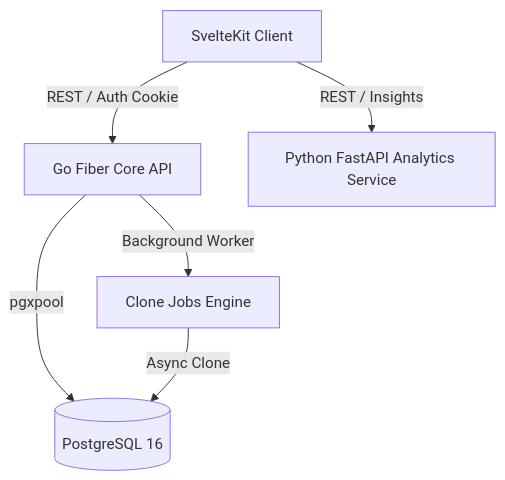
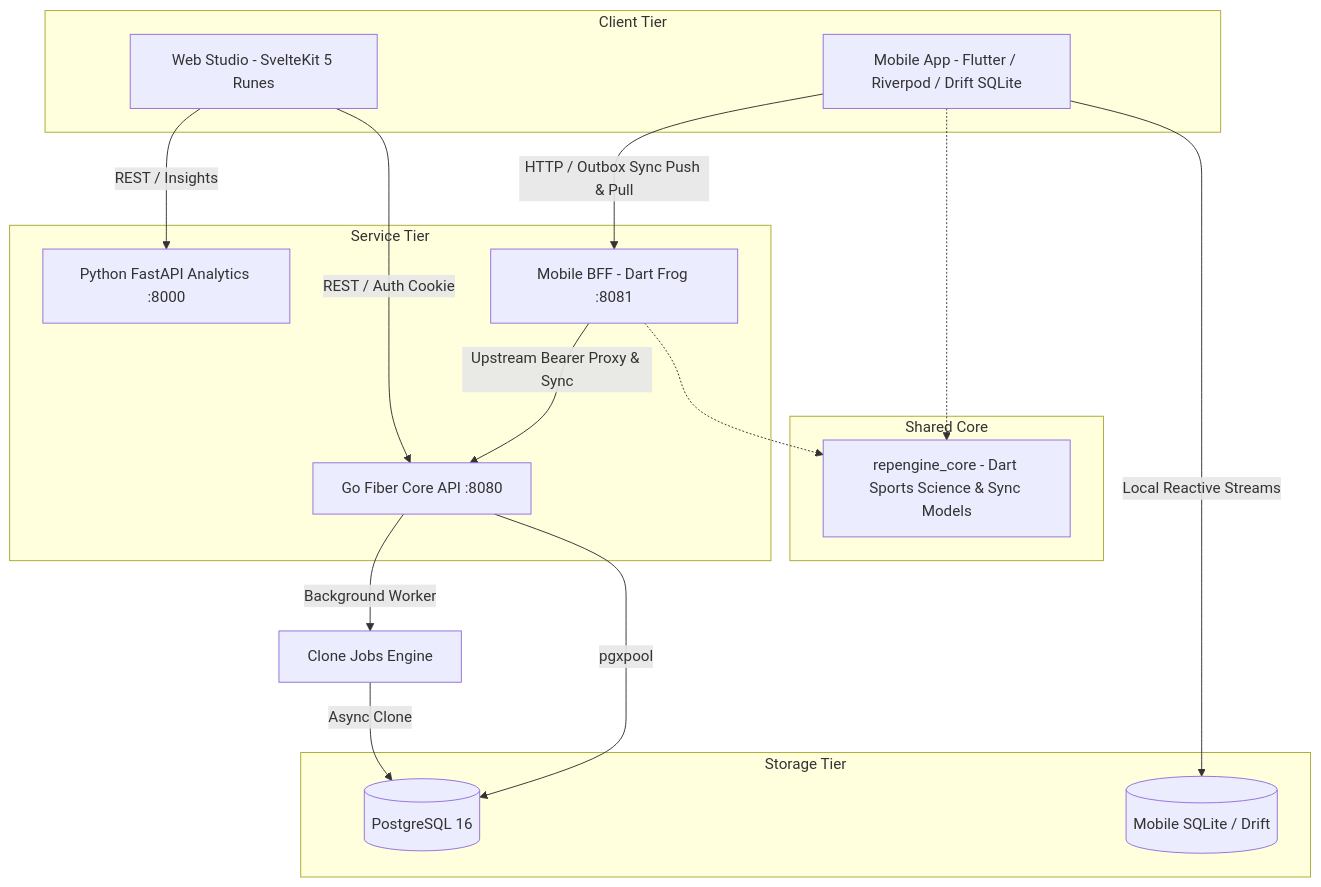
One commit to momarinho/repengine changed the diagram in README.md. Above: the diagram before and after it, drawn with Mermaid. The commit also changed other lines of this file and 3 other files, not shown here.

Commit message:
docs: modernize and translate project documentation to English across root, mobile, and web

````diff
--- a/README.md
+++ b/README.md
@@ -30,8 +27,33 @@
 ```mermaid
 graph TD
-    Client[SvelteKit Client] -- REST / Auth Cookie --> API[Go Fiber Core API]
-    Client -- REST / Insights --> Analytics[Python FastAPI Analytics Service]
-    API -- pgxpool --> DB[(PostgreSQL 16)]
-    API -- Background Worker --> Queue[Clone Jobs Engine]
+    subgraph Client Tier
+        Web[Web Studio - SvelteKit 5 Runes]
+        Mobile[Mobile App - Flutter / Riverpod / Drift SQLite]
+    end
+
+    subgraph Service Tier
+        BFF[Mobile BFF - Dart Frog :8081]
+        CoreAPI[Go Fiber Core API :8080]
+        Analytics[Python FastAPI Analytics :8000]
+    end
+
+    subgraph Shared Core
+        SharedPkg[repengine_core - Dart Sports Science & Sync Models]
+    end
+
+    subgraph Storage Tier
+        DB[(PostgreSQL 16)]
+        LocalDB[(Mobile SQLite / Drift)]
+    end
+
+    Web -- REST / Auth Cookie --> CoreAPI
+    Web -- REST / Insights --> Analytics
+    Mobile -- Local Reactive Streams --> LocalDB
+    Mobile -.-> SharedPkg
+    BFF -.-> SharedPkg
+    Mobile -- HTTP / Outbox Sync Push & Pull --> BFF
+    BFF -- Upstream Bearer Proxy & Sync --> CoreAPI
+    CoreAPI -- pgxpool --> DB
+    CoreAPI -- Background Worker --> Queue[Clone Jobs Engine]
     Queue -- Async Clone --> DB
 ```
````
